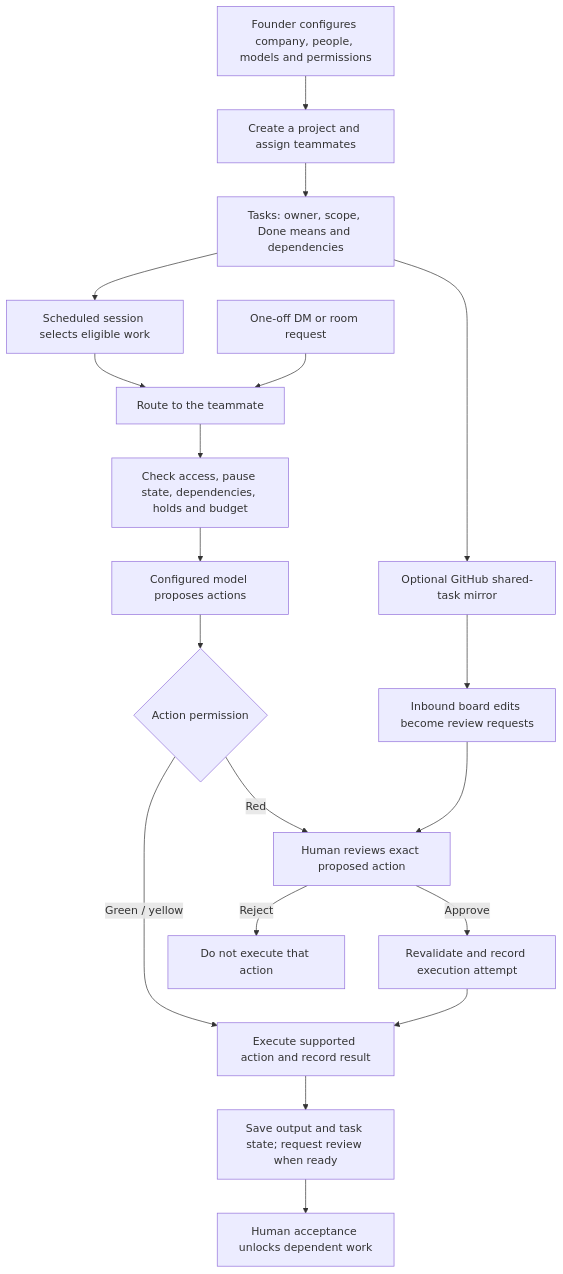
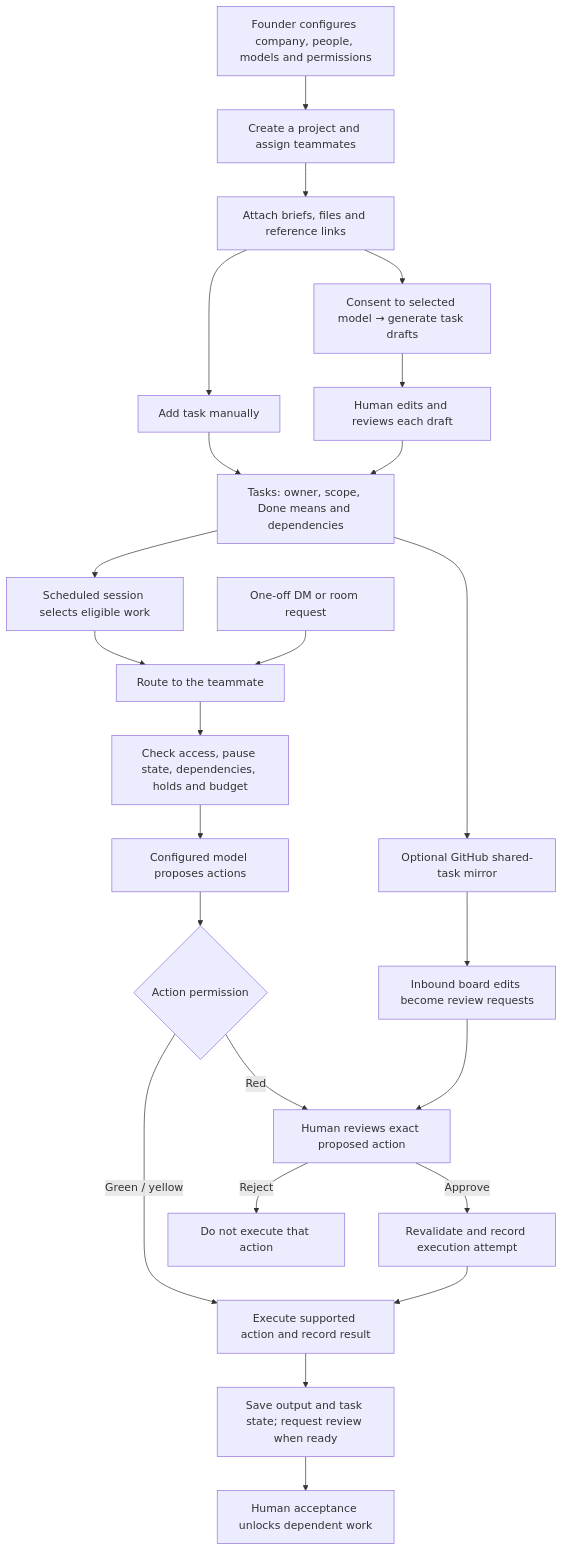
One commit to CuriousDevs-AI/james-monitoring changed the first of 5 diagrams in README.md. Above: the diagram before and after it, drawn with Mermaid. The commit also changed other lines of this file and 13 other files, not shown here.

Commit message:
Add project resources and human-reviewed AI task planning

````diff
--- a/README.md
+++ b/README.md
@@ -65,21 +66,26 @@
 ```mermaid
 flowchart TD
     OWNER["Founder configures company, people, models and permissions"] --> PROJECT["Create a project and assign teammates"]
-    PROJECT --> TASK["Tasks: owner, scope, Done means and dependencies"]
+    PROJECT --> RESOURCE["Attach briefs, files and reference links"]
+    RESOURCE --> MANUAL["Add task manually"]
+    RESOURCE --> DRAFT["Consent to selected model → generate task drafts"]
+    DRAFT --> HUMAN["Human edits and reviews each draft"]
+    HUMAN --> TASK["Tasks: owner, scope, Done means and dependencies"]
+    MANUAL --> TASK
     TASK --> SELECT["Scheduled session selects eligible work"]
     DM["One-off DM or room request"] --> ROUTE["Route to the teammate"]
     SELECT --> ROUTE
     ROUTE --> CHECK["Check access, pause state, dependencies, holds and budget"]
     CHECK --> MODEL["Configured model proposes actions"]
     MODEL --> POLICY{"Action permission"}
     POLICY -->|"Green / yellow"| EXEC["Execute supported action and record result"]
     POLICY -->|Red| ASK["Human reviews exact proposed action"]
     ASK -->|Reject| STOP["Do not execute that action"]
     ASK -->|Approve| PREFLIGHT["Revalidate and record execution attempt"]
     PREFLIGHT --> EXEC
     EXEC --> REVIEW["Save output and task state; request review when ready"]
     REVIEW --> DONE["Human acceptance unlocks dependent work"]
     TASK --> MIRROR["Optional GitHub shared-task mirror"]
     MIRROR --> PROPOSAL["Inbound board edits become review requests"]
     PROPOSAL --> ASK
 ```
````
